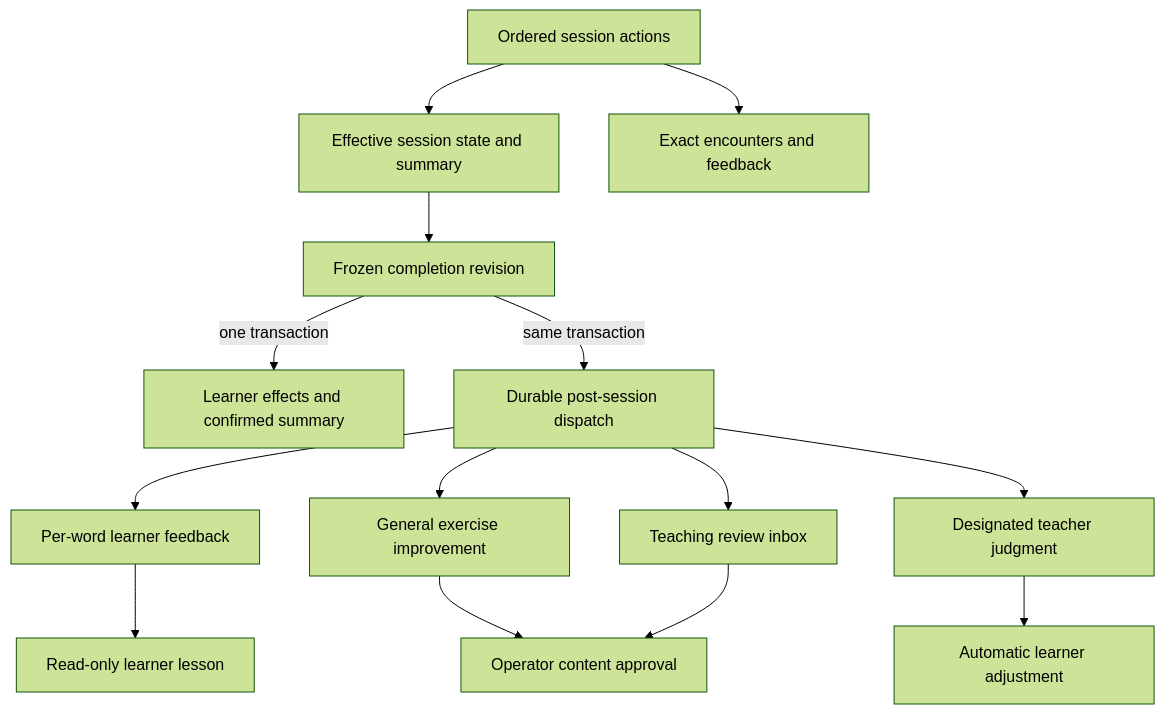
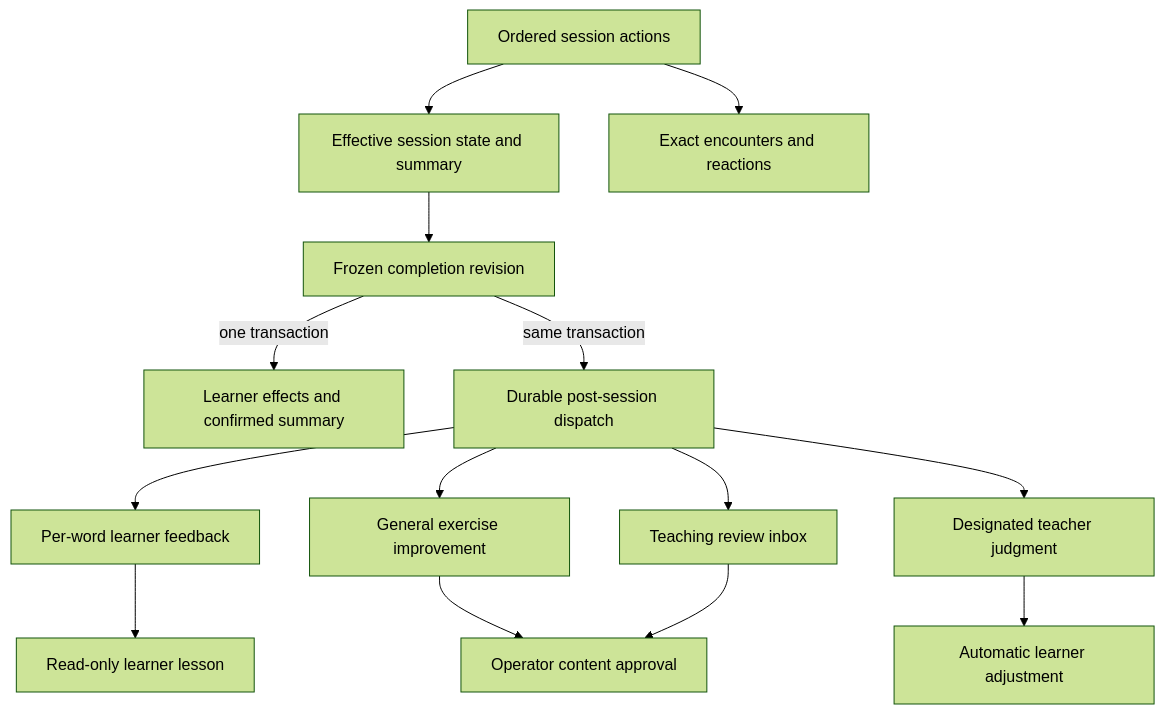
The third of 4 diagrams in notes/active/2026-10-16-vocabulary-storage-sketch.md (swimj/chinese-study-app), drawn with Mermaid (forest theme) before and after one commit. The commit also changed other lines of this file and 6 other files, not shown here.

````diff
--- a/notes/active/2026-10-16-vocabulary-storage-sketch.md
+++ b/notes/active/2026-10-16-vocabulary-storage-sketch.md
@@ -360,16 +360,16 @@
 ```mermaid
 flowchart TD
   A[Ordered session actions] --> P[Effective session state and summary]
-  A --> E[Exact encounters and feedback]
+  A --> E[Exact encounters and reactions]
   P --> C[Frozen completion revision]
   C -->|one transaction| S[Learner effects and confirmed summary]
   C -->|same transaction| D[Durable post-session dispatch]
   D --> F[Per-word learner feedback]
   D --> R[General exercise improvement]
   D --> T[Teaching review inbox]
   F --> M[Read-only learner lesson]
   R --> O[Operator content approval]
   T --> O
   D --> J[Designated teacher judgment]
   J --> L[Automatic learner adjustment]
 ```
````
